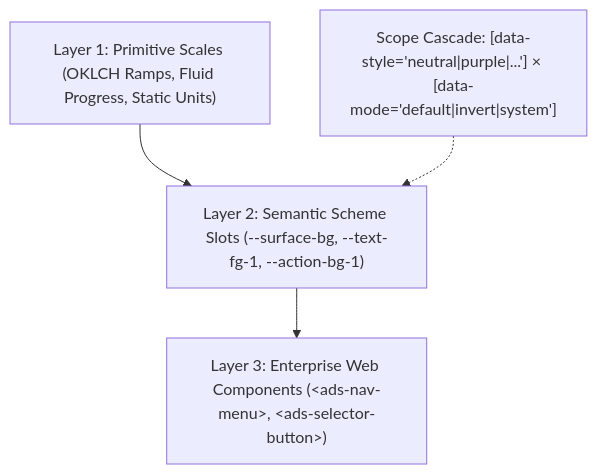
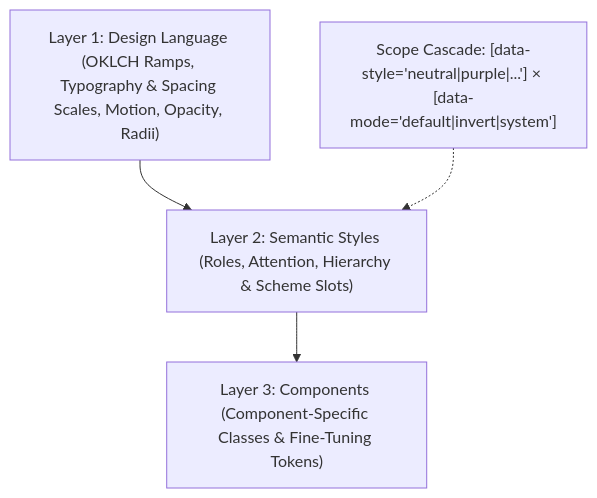
One commit to andiihei/ahha changed the diagram in docs/design-decisions-and-principles.md. Above: the diagram before and after it, drawn with Mermaid. The commit also changed other lines of this file, not shown here.

Commit message:
docs(architecture): clarify 3-tier taxonomy as Design Language, Semantic Styles, and Components

````diff
--- a/docs/design-decisions-and-principles.md
+++ b/docs/design-decisions-and-principles.md
@@ -11,6 +11,6 @@
 ```mermaid
 graph TD
-  A["Layer 1: Primitive Scales (OKLCH Ramps, Fluid Progress, Static Units)"] --> B["Layer 2: Semantic Scheme Slots (--surface-bg, --text-fg-1, --action-bg-1)"]
-  B --> C["Layer 3: Enterprise Web Components (&lt;ads-nav-menu&gt;, &lt;ads-selector-button&gt;)"]
+  A["Layer 1: Design Language (OKLCH Ramps, Typography & Spacing Scales, Motion, Opacity, Radii)"] --> B["Layer 2: Semantic Styles (Roles, Attention, Hierarchy & Scheme Slots)"]
+  B --> C["Layer 3: Components (Component-Specific Classes & Fine-Tuning Tokens)"]
   D["Scope Cascade: [data-style='neutral|purple|...'] × [data-mode='default|invert|system']"] -.-> B
 ```
````
